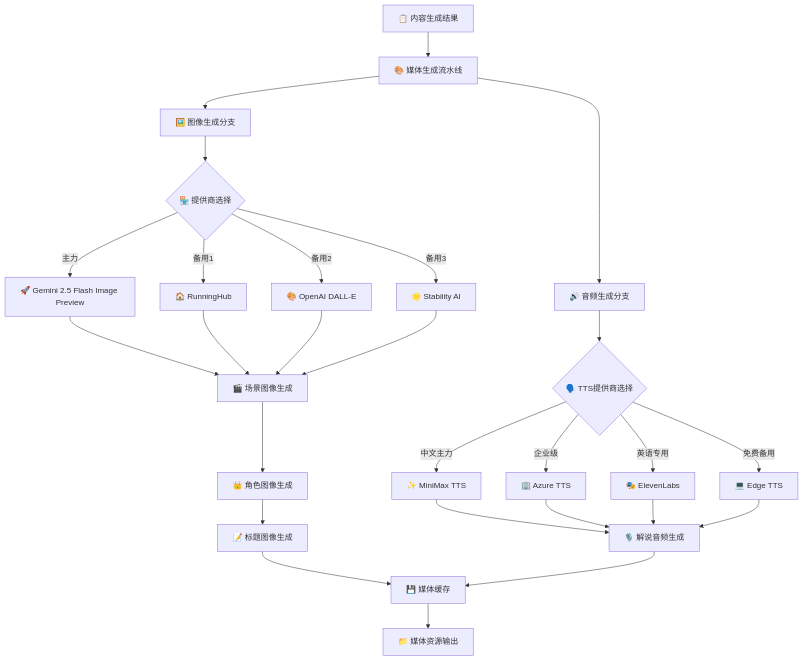
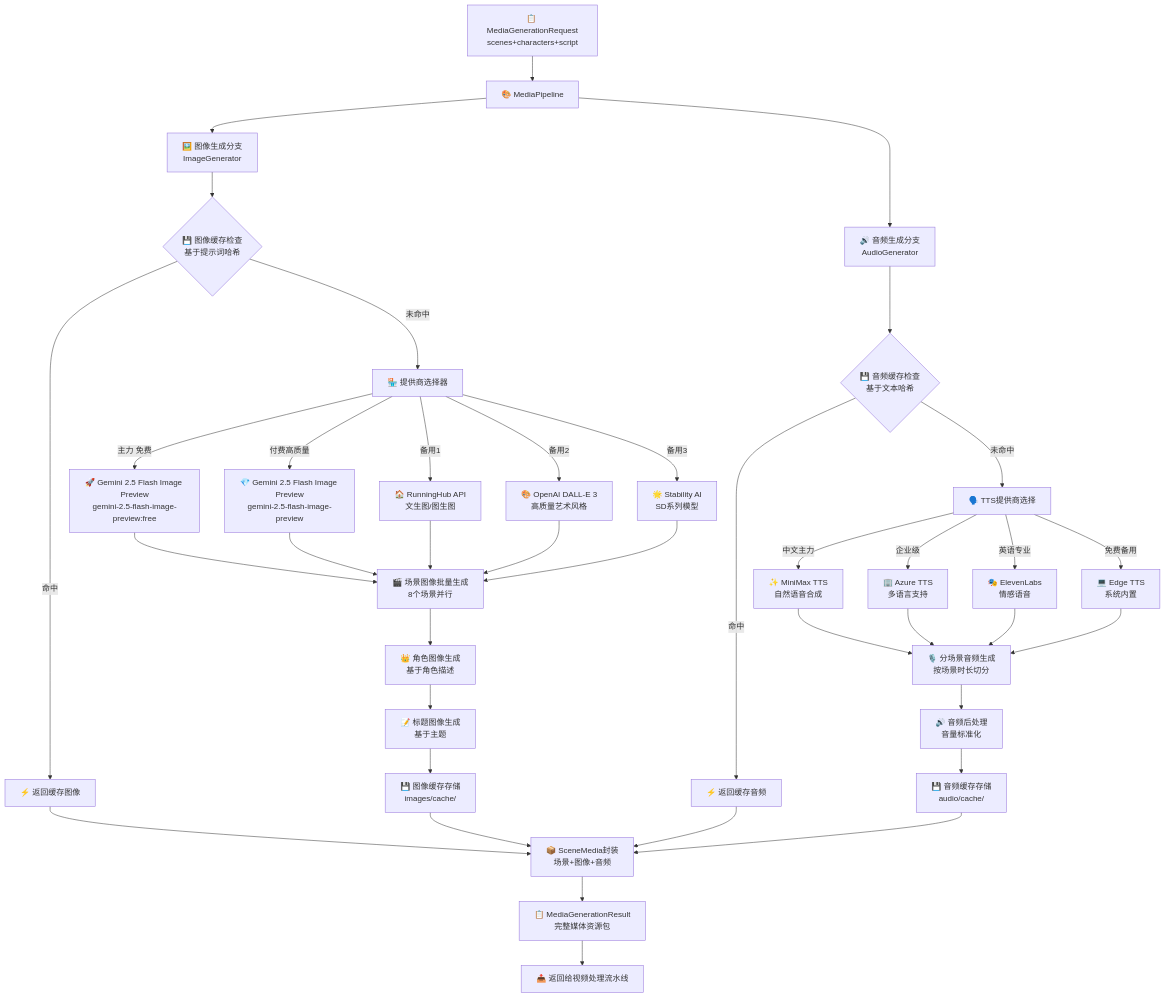
The third of 14 diagrams in WORKFLOW_DIAGRAM.md (qq1151131109/story_video_generator), drawn with Mermaid before and after one commit. The commit also changed other lines of this file and 3 other files, not shown here.

First line of the commit message:
🎨 优化图像提示词生成系统

````diff
--- a/WORKFLOW_DIAGRAM.md
+++ b/WORKFLOW_DIAGRAM.md
@@ -72,37 +105,61 @@
 ```mermaid
-graph TD
-    A[📋 内容生成结果] --> B[🎨 媒体生成流水线]
+graph TB
+    %% 输入处理
+    A[📋 MediaGenerationRequest<br/>scenes+characters+script] --> B[🎨 MediaPipeline]
     
-    B --> C[🖼️ 图像生成分支]
-    B --> D[🔊 音频生成分支]
+    %% 并行媒体生成
+    B --> C[🖼️ 图像生成分支<br/>ImageGenerator]
+    B --> D[🔊 音频生成分支<br/>AudioGenerator]
     
-    C --> E{🏪 提供商选择}
-    E -->|主力| F[🚀 Gemini 2.5 Flash Image Preview]
-    E -->|备用1| G[🏠 RunningHub]
-    E -->|备用2| H[🎨 OpenAI DALL-E]
-    E -->|备用3| I[🌟 Stability AI]
+    %% 图像生成流程
+    C --> E{💾 图像缓存检查<br/>基于提示词哈希}
+    E -->|命中| F[⚡ 返回缓存图像]
+    E -->|未命中| G[🏪 提供商选择器]
     
-    F --> J[🎬 场景图像生成]
-    G --> J
-    H --> J
-    I --> J
+    G -->|主力 免费| H[🚀 Gemini 2.5 Flash Image Preview<br/>gemini-2.5-flash-image-preview:free]
+    G -->|付费高质量| I[💎 Gemini 2.5 Flash Image Preview<br/>gemini-2.5-flash-image-preview]
+    G -->|备用1| J[🏠 RunningHub API<br/>文生图/图生图]
+    G -->|备用2| K[🎨 OpenAI DALL-E 3<br/>高质量艺术风格]
+    G -->|备用3| L[🌟 Stability AI<br/>SD系列模型]
     
-    J --> K[👑 角色图像生成]
-    K --> L[📝 标题图像生成]
+    %% 图像生成任务分类
+    H --> M[🎬 场景图像批量生成<br/>8个场景并行]
+    I --> M
+    J --> M
+    K --> M
+    L --> M
     
-    D --> M{🗣️ TTS提供商选择}
-    M -->|中文主力| N[✨ MiniMax TTS]
-    M -->|企业级| O[🏢 Azure TTS]
-    M -->|英语专用| P[🎭 ElevenLabs]
-    M -->|免费备用| Q[💻 Edge TTS]
+    M --> N[👑 角色图像生成<br/>基于角色描述]
+    N --> O[📝 标题图像生成<br/>基于主题]
     
-    N --> R[🎙️ 解说音频生成]
-    O --> R
-    P --> R
-    Q --> R
+    %% 音频生成流程
+    D --> P{💾 音频缓存检查<br/>基于文本哈希}
+    P -->|命中| Q[⚡ 返回缓存音频]
+    P -->|未命中| R[🗣️ TTS提供商选择]
     
-    L --> S[💾 媒体缓存]
-    R --> S
+    R -->|中文主力| S[✨ MiniMax TTS<br/>自然语音合成]
+    R -->|企业级| T[🏢 Azure TTS<br/>多语言支持]
+    R -->|英语专业| U[🎭 ElevenLabs<br/>情感语音]
+    R -->|免费备用| V[💻 Edge TTS<br/>系统内置]
     
-    S --> T[📁 媒体资源输出]
+    %% 音频处理分支
+    S --> W[🎙️ 分场景音频生成<br/>按场景时长切分]
+    T --> W
+    U --> W
+    V --> W
+    
+    W --> X[🔊 音频后处理<br/>音量标准化]
+    
+    %% 缓存存储
+    O --> Y[💾 图像缓存存储<br/>images/cache/]
+    X --> Z[💾 音频缓存存储<br/>audio/cache/]
+    
+    %% 结果封装
+    F --> AA[📦 SceneMedia封装<br/>场景+图像+音频]
+    Q --> AA
+    Y --> AA
+    Z --> AA
+    
+    AA --> BB[📋 MediaGenerationResult<br/>完整媒体资源包]
+    BB --> CC[📤 返回给视频处理流水线]
 ```
````
